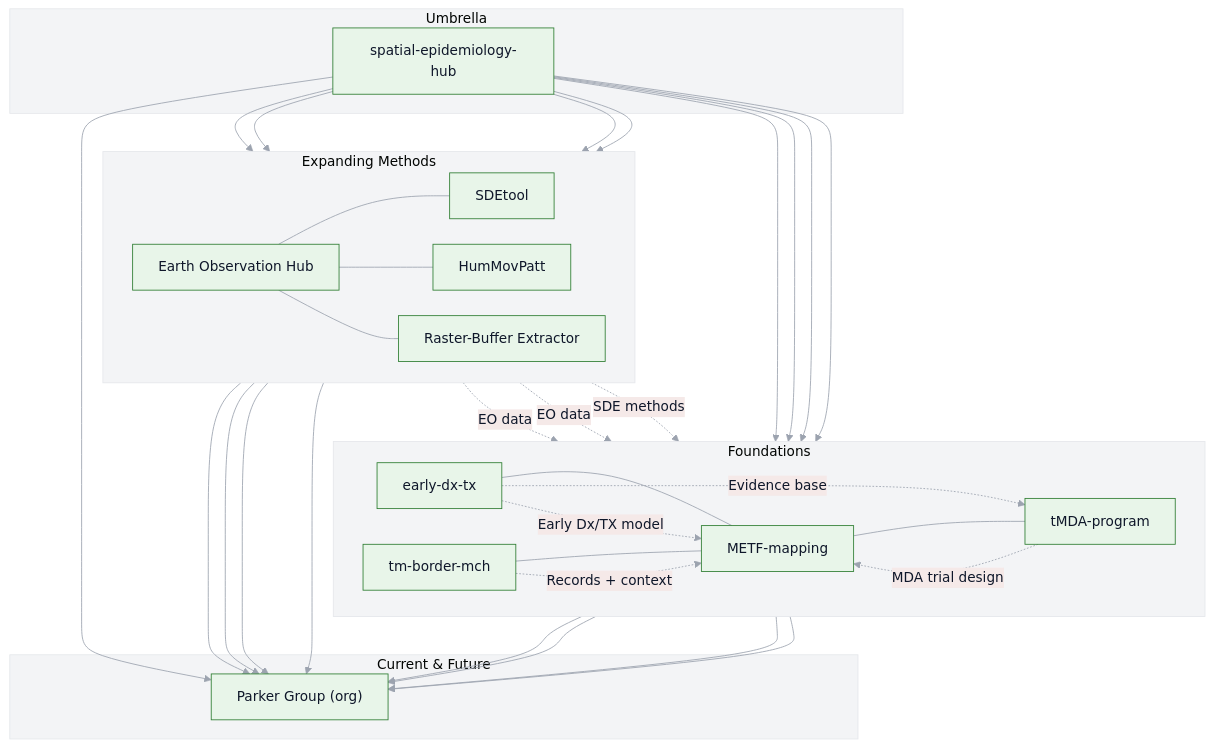
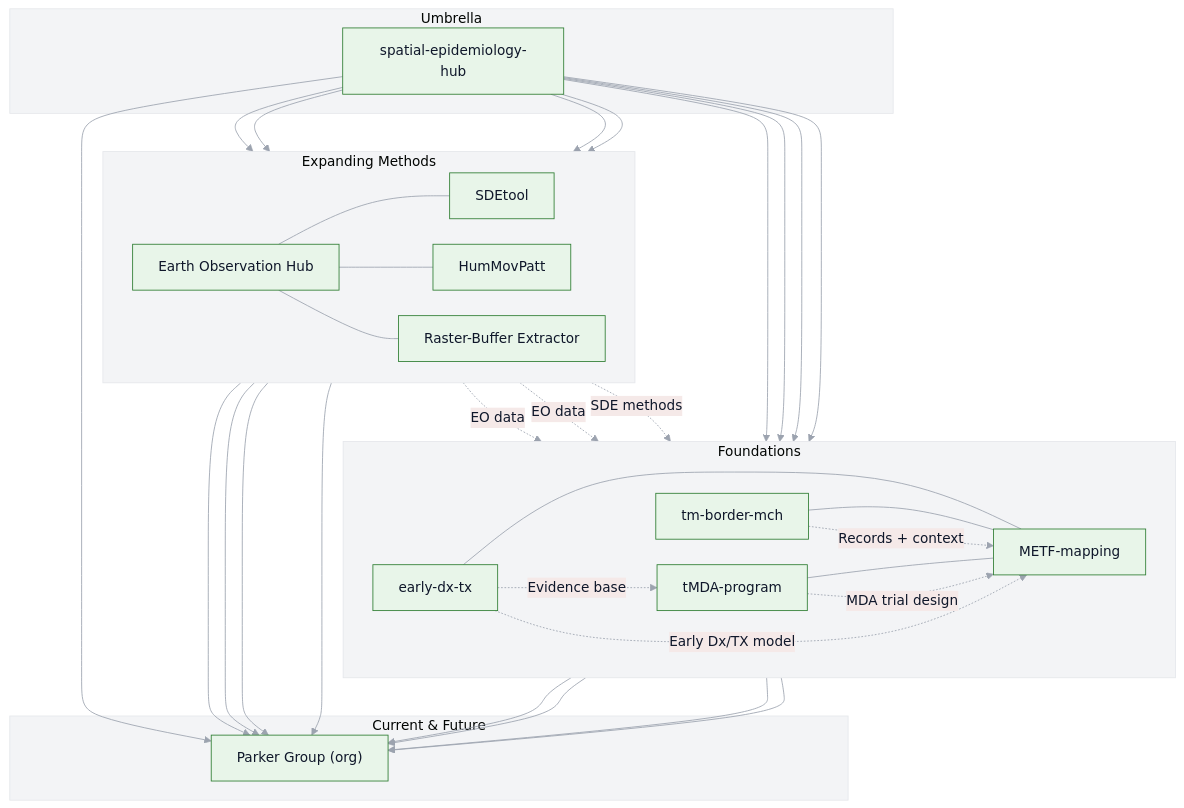
The diagram in README.md (DMParker1/spatial-epidemiology-hub), drawn with Mermaid before and after one commit.

````diff
--- a/README.md
+++ b/README.md
@@ -40,75 +40,75 @@
 ```mermaid
 %%{init: {"theme":"base","themeVariables":{
   "background":"#FAFAFA",
   "clusterBkg":"#F3F4F6",
   "clusterBorder":"#E5E7EB",
   "primaryColor":"#E8F5E9",
   "primaryBorderColor":"#2E7D32",
   "primaryTextColor":"#0F172A",
   "lineColor":"#9CA3AF"
 }, "flowchart":{"rankSpacing":45,"nodeSpacing":30}}}%%
 flowchart TB
 
   subgraph A[Foundations]
     direction LR
     EDT["early-dx-tx"]
     tMDA["tMDA-program"]
     MCH["tm-border-mch"]
     METF["METF-mapping"]
   end
 
   subgraph B[Expanding Methods]
     direction LR
     EO["Earth Observation Hub"]
     SDE["SDEtool"]
     HUM["HumMovPatt"]
     RBE["Raster-Buffer Extractor"]
   end
 
   subgraph C[Umbrella]
     GIS["spatial-epidemiology-hub"]
   end
 
   subgraph D[Current & Future]
     PG["Parker Group (org)"]
   end
 
   %% umbrella links (solid)
   GIS --> EDT
   GIS --> tMDA
   GIS --> MCH
   GIS --> METF
   GIS --> EO
   GIS --> SDE
   GIS --> HUM
   GIS --> RBE
   GIS --> PG
 
   %% method/theme crosslinks (solid)
   EO --- SDE
   EO --- HUM
   EO --- RBE
-  METF --- tMDA
+  tMDA --- METF
   EDT --- METF
   MCH --- METF
 
   %% convergence to Parker Group (solid)
   EO --> PG
   SDE --> PG
   HUM --> PG
   RBE --> PG
   METF --> PG
   tMDA --> PG
   EDT --> PG
   MCH --> PG
 
   %% historical/methodological influence (dashed with labels)
   EO -. EO data .-> METF
   EO -. EO data .-> MCH
   SDE -. SDE methods .-> MCH
   EDT -. Evidence base .-> tMDA
   tMDA -. MDA trial design .-> METF
   EDT -. Early Dx/TX model .-> METF
   MCH -. Records + context .-> METF
 
 ```
````
